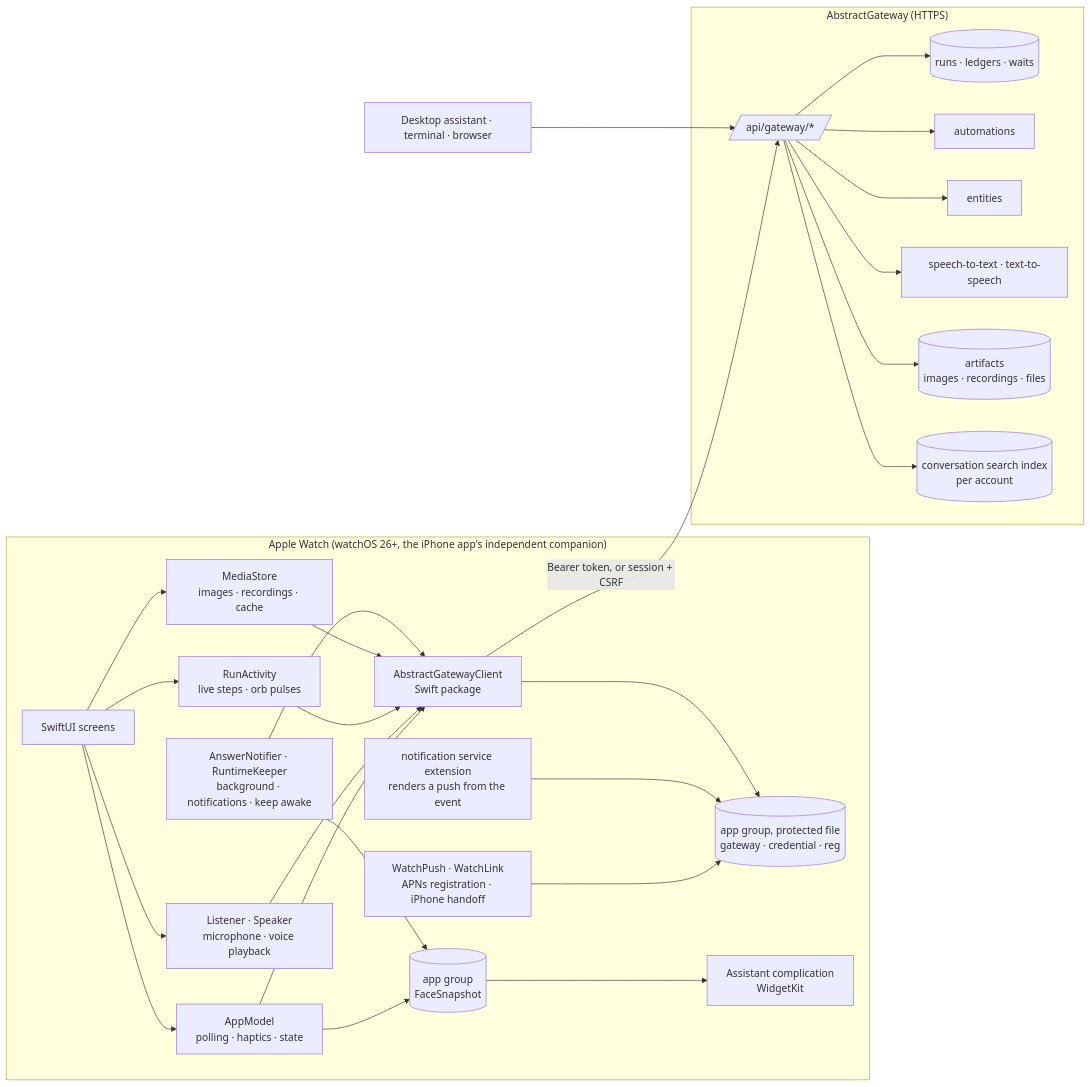
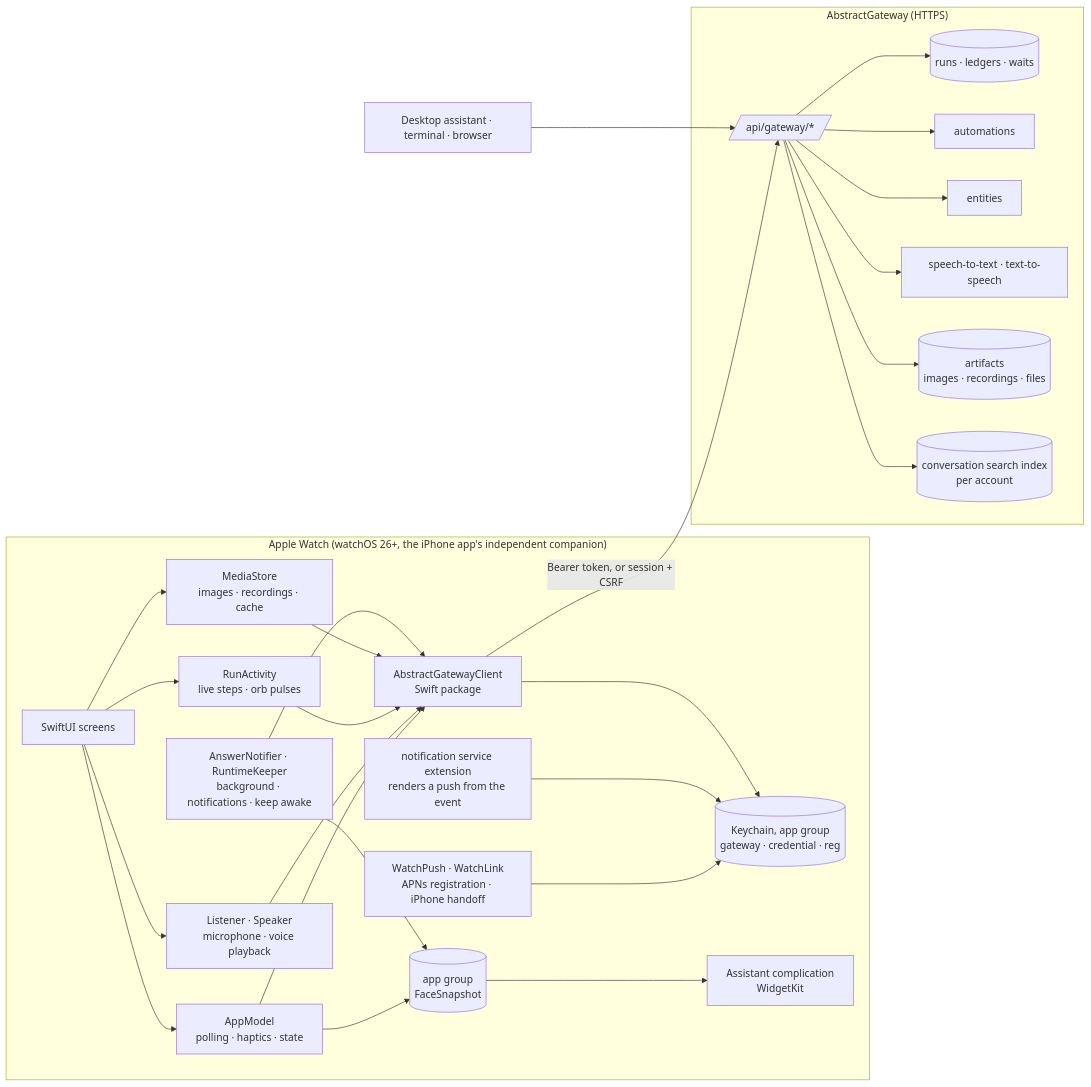
One commit to lpalbou/AbstractAssistant changed the first of 2 diagrams in watch/apple/docs/architecture.md. Above: the diagram before and after it, drawn with Mermaid. The commit also changed other lines of this file and 16 other files, not shown here.

````diff
--- a/watch/apple/docs/architecture.md
+++ b/watch/apple/docs/architecture.md
@@ -9,45 +9,45 @@
 ```mermaid
 flowchart LR
   subgraph Watch["Apple Watch (watchOS 26+, the iPhone app's independent companion)"]
     UI[SwiftUI screens]
     Model[AppModel<br/>polling · haptics · state]
     Media[Listener · Speaker<br/>microphone · voice playback]
     Work[RunActivity<br/>live steps · orb pulses]
     Files[MediaStore<br/>images · recordings · cache]
     BG[AnswerNotifier · RuntimeKeeper<br/>background · notifications · keep awake]
     Kit[AbstractGatewayClient<br/>Swift package]
-    Store[(app group, protected file<br/>gateway · credential · reg)]
+    Store[(Keychain, app group<br/>gateway · credential · reg)]
     Push[WatchPush · WatchLink<br/>APNs registration · iPhone handoff]
     NSE[notification service extension<br/>renders a push from the event]
     Push --> Store
     NSE --> Store
     UI --> Model --> Kit
     UI --> Media --> Kit
     UI --> Work --> Kit
     UI --> Files --> Kit
     BG --> Kit
     Kit --> Store
     Face[(app group<br/>FaceSnapshot)]
     Clock[Assistant complication<br/>WidgetKit]
     Model --> Face
     BG --> Face
     Face --> Clock
   end
   subgraph GW["AbstractGateway (HTTPS)"]
     API[/api/gateway/*/]
     Runs[(runs · ledgers · waits)]
     Auto[automations]
     Ent[entities]
     Voice[speech-to-text · text-to-speech]
     Art[(artifacts<br/>images · recordings · files)]
     Search[(conversation search index<br/>per account)]
     API --> Runs
     API --> Auto
     API --> Ent
     API --> Voice
     API --> Art
     API --> Search
   end
   Kit -- "Bearer token, or session + CSRF" --> API
   Other[Desktop assistant · terminal · browser] --> API
 ```
````
